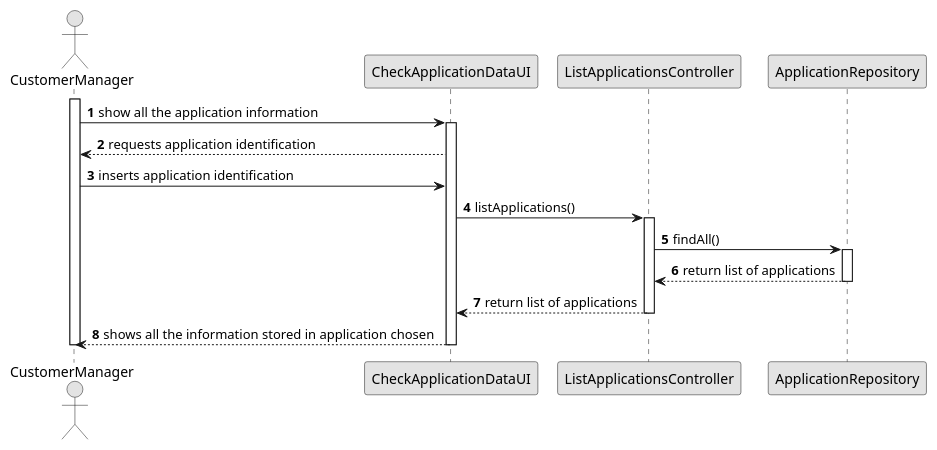
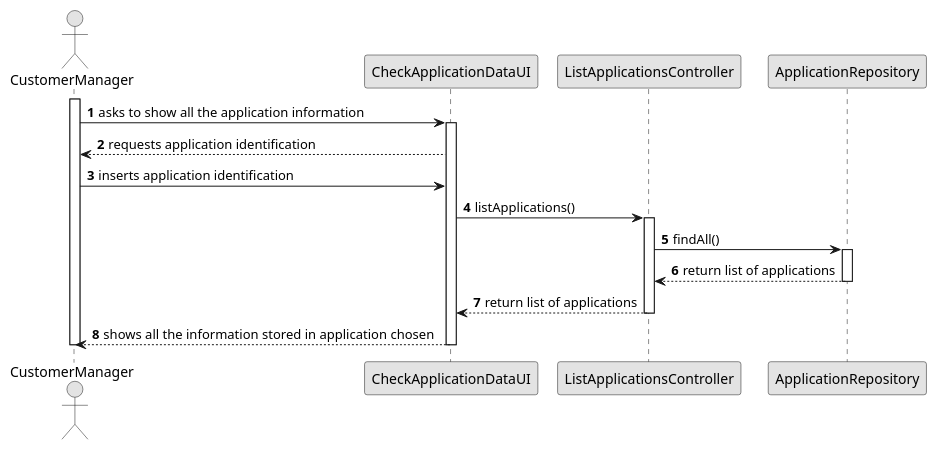
One commit to Goncalves2525/Jobs4U-Talent-Acquisition-Management-System changed the diagram in docs/Sprint C/us_1021/SD/sequence-diagram.puml. Above: the diagram before and after it, drawn with PlantUML. The commit also changed 3 other files, not shown here.

```diff
--- a/docs/Sprint C/us_1021/SD/sequence-diagram.puml
+++ b/docs/Sprint C/us_1021/SD/sequence-diagram.puml
@@ -1,43 +1,43 @@
 @startuml
 skinparam monochrome true
 skinparam packageStyle rectangle
 skinparam shadowing false
 
 autonumber
 
 'hide footbox
 actor "CustomerManager" as CM
 participant "CheckApplicationDataUI" as UI
 participant "ListApplicationsController" as CTRL
 participant "ApplicationRepository" as APPREPO
 
 
 
 
 
 
 activate CM
 
-        CM -> UI : show all the application information
+        CM -> UI : asks to show all the application information
         activate UI
 
             UI --> CM : requests application identification
             CM -> UI : inserts application identification
             UI -> CTRL : listApplications()
             activate CTRL
 
                 CTRL -> APPREPO : findAll()
                 activate APPREPO
 
                     APPREPO --> CTRL : return list of applications
                 deactivate APPREPO
                 CTRL --> UI : return list of applications
             deactivate CTRL
             UI --> CM : shows all the information stored in application chosen
         deactivate UI
 deactivate CM
 
 
 
 
 @enduml
```
